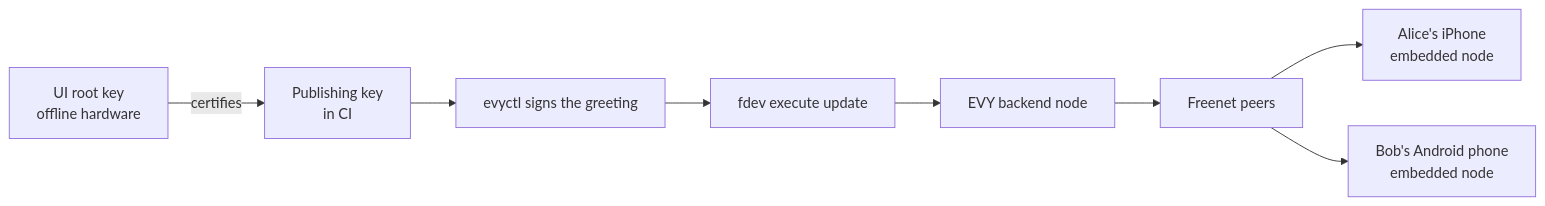
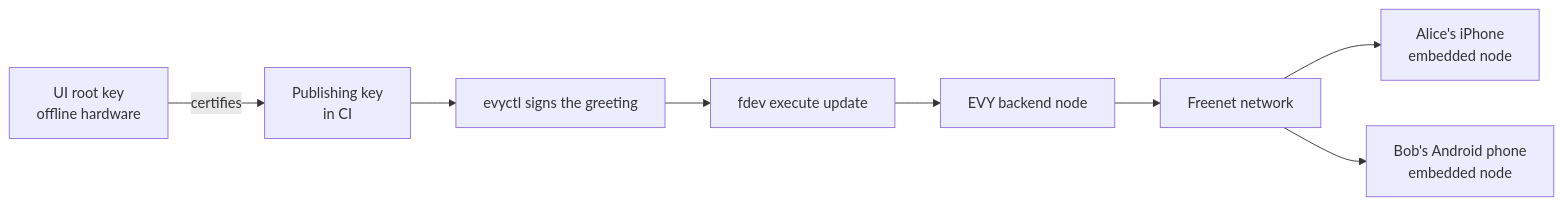
One commit to EVY-Platform/evy-freenet-plans changed the first of 5 diagrams in 2-evy-on-freenet/01-hello-evy-world.md. Above: the diagram before and after it, drawn with Mermaid. The commit also changed other lines of this file and 18 other files, not shown here.

````diff
--- a/2-evy-on-freenet/01-hello-evy-world.md
+++ b/2-evy-on-freenet/01-hello-evy-world.md
@@ -27,10 +27,10 @@
 ```mermaid
 flowchart LR
     Root[UI root key<br>offline hardware] -->|certifies| Key[Publishing key<br>in CI]
     Key --> Ctl[evyctl signs the greeting]
     Ctl --> Fdev[fdev execute update]
     Fdev --> Node[EVY backend node]
-    Node --> Net[Freenet peers]
+    Node --> Net[Freenet network]
     Net --> A[Alice's iPhone<br>embedded node]
     Net --> B[Bob's Android phone<br>embedded node]
 ```
````
